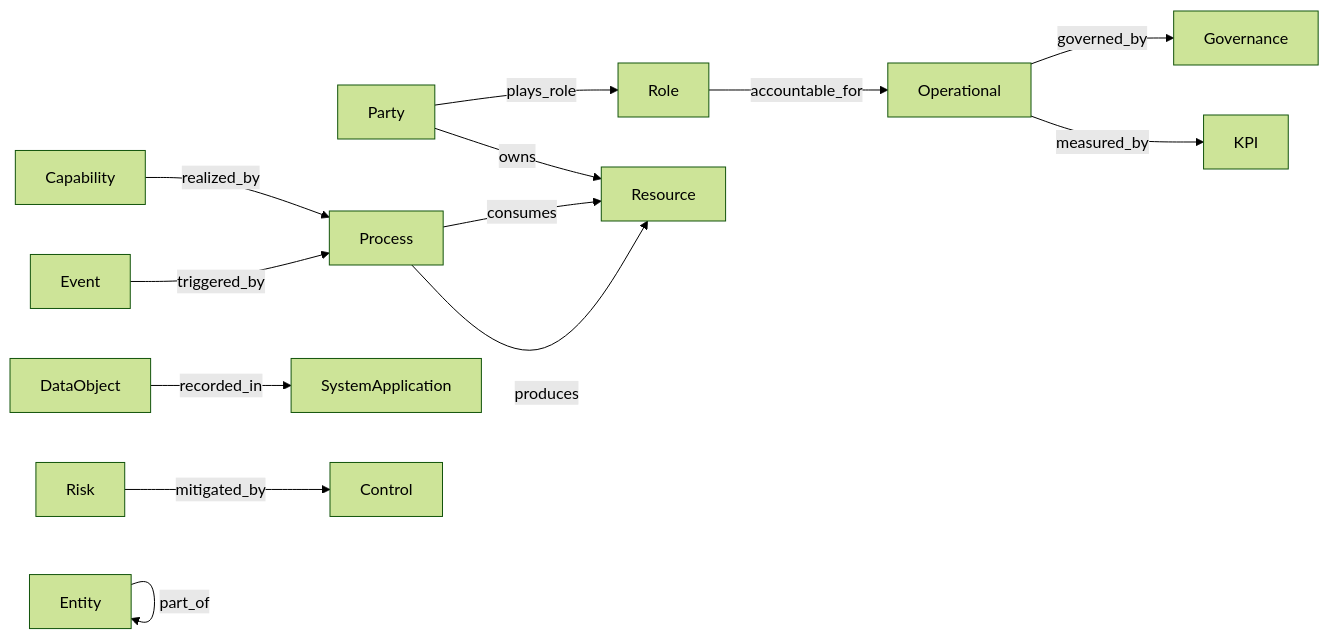
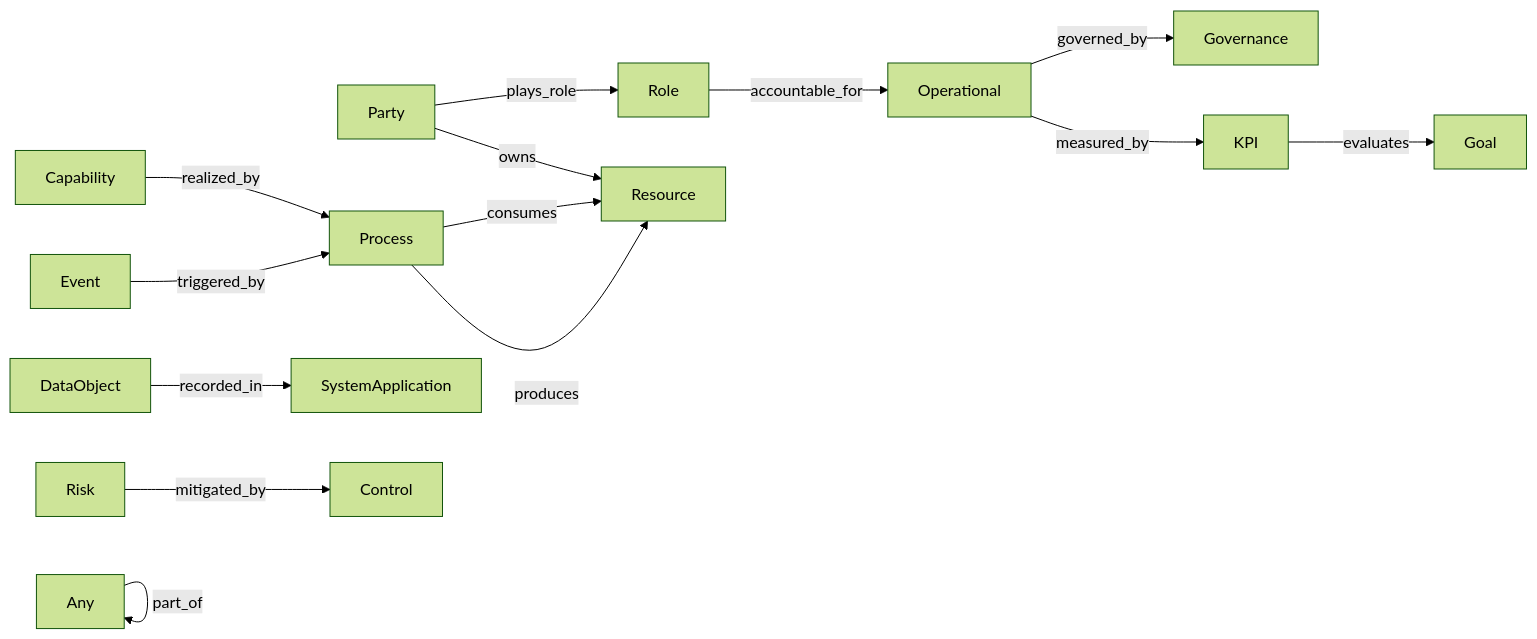
Before and after one commit to ramphias/universal-ontology-definition: the diagram in docs-site/core/relations.md, drawn with Mermaid (forest theme). The commit also changed other lines of this file and 3 other files, not shown here.

Commit message:
fix(core): relax part_of domain and add evaluates relation between KPI and Goal

````diff
--- a/docs-site/core/relations.md
+++ b/docs-site/core/relations.md
@@ -9,15 +9,16 @@
 ```mermaid
 graph LR
     Party -->|plays_role| Role
-    Entity -->|part_of| Entity
+    Any -->|part_of| Any
     Party -->|owns| Resource
     Role -->|accountable_for| Operational
     Capability -->|realized_by| Process
     Process -->|consumes| Resource
     Process -->|produces| Resource
     DataObject -->|recorded_in| SystemApplication
     Operational -->|governed_by| Governance
     Risk -->|mitigated_by| Control
     Event -->|triggered_by| Process
     Operational -->|measured_by| KPI
+    KPI -->|evaluates| Goal
 ```
````
